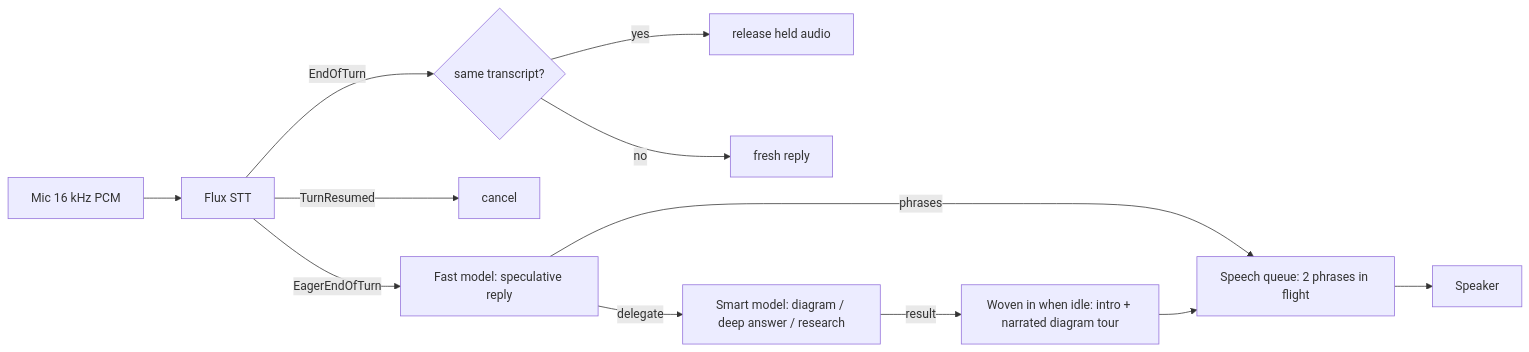
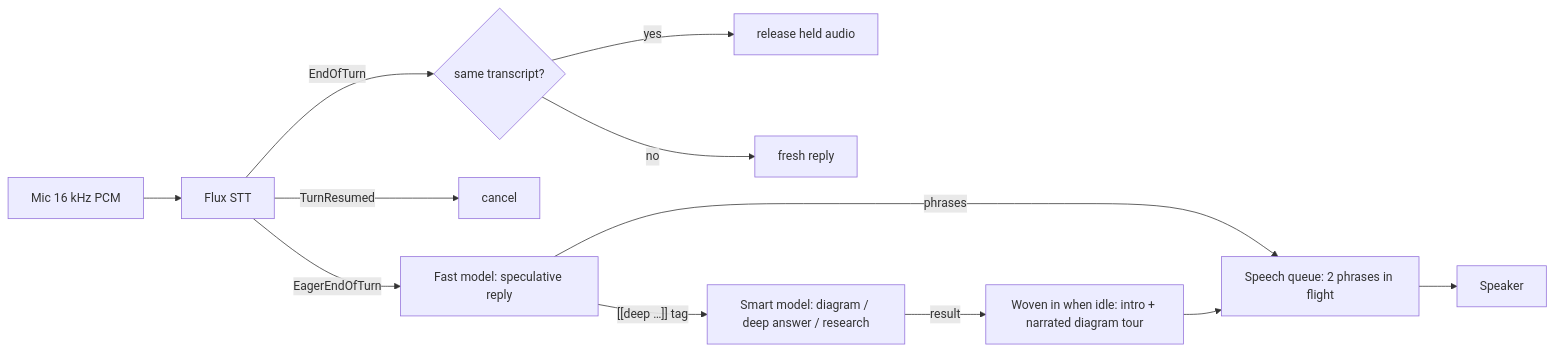
The third of 5 diagrams in docs/ARCHITECTURE.md (MohamedFuad16/Tutor-System), drawn with Mermaid before and after one commit. The commit also changed other lines of this file and 18 other files, not shown here.

````diff
--- a/docs/ARCHITECTURE.md
+++ b/docs/ARCHITECTURE.md
@@ -171,14 +171,14 @@
 ```mermaid
 flowchart LR
   Mic[Mic 16 kHz PCM] --> STT[Flux STT]
   STT -- EagerEndOfTurn --> FG[Fast model: speculative reply]
   STT -- TurnResumed --> X[cancel]
   STT -- EndOfTurn --> C{same transcript?}
   C -- yes --> REL[release held audio]
   C -- no --> FG2[fresh reply]
   FG -- phrases --> Q[Speech queue: 2 phrases in flight]
   Q --> SPK[Speaker]
-  FG -- delegate --> BG[Smart model: diagram / deep answer / research]
+  FG -- "[[deep …]] tag" --> BG[Smart model: diagram / deep answer / research]
   BG -- result --> INJ[Woven in when idle: intro + narrated diagram tour]
   INJ --> Q
 ```
````
